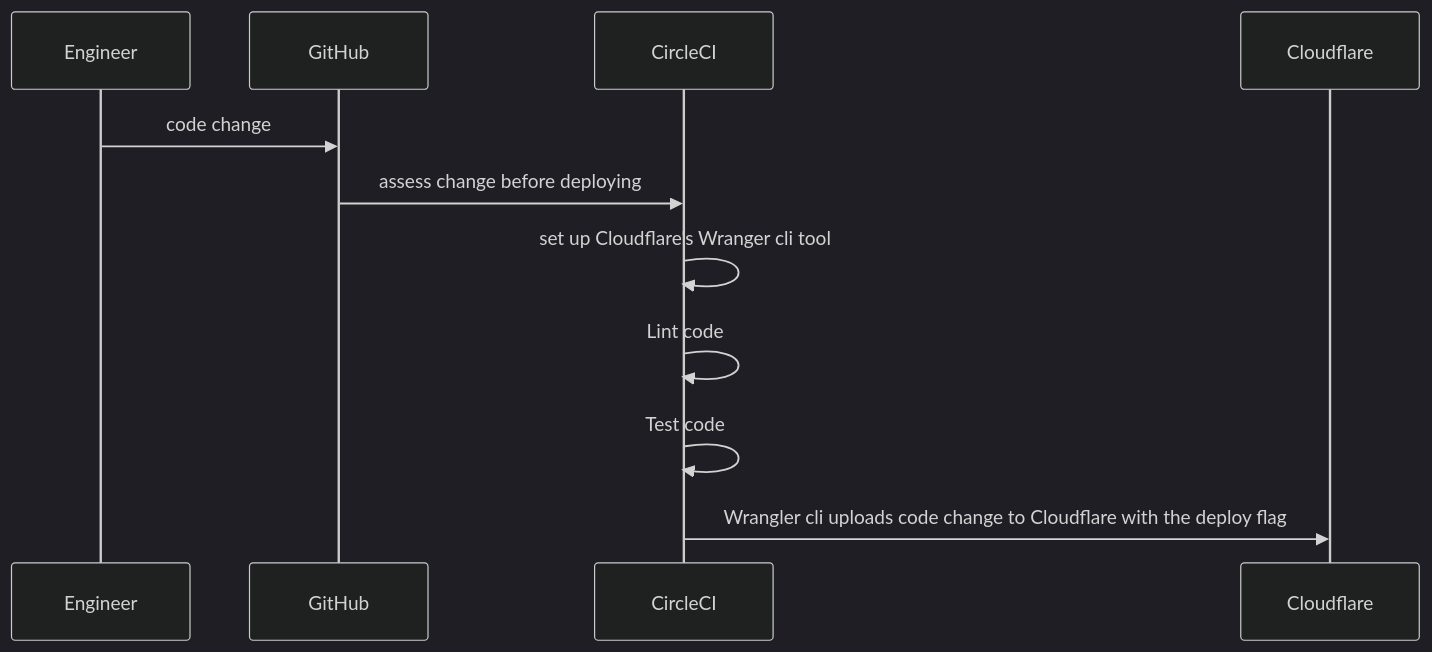
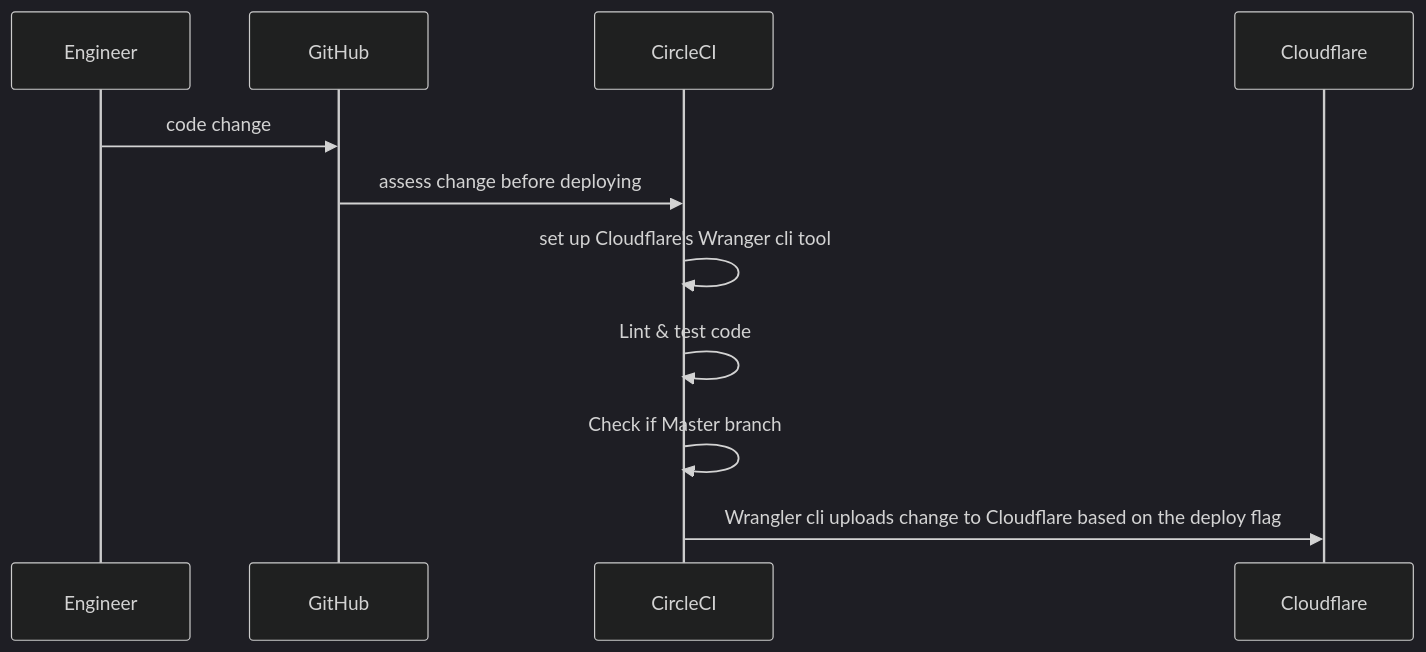
The diagram in README.md (Rusty-Magnet-Ltd/cloudflare_worker), drawn with Mermaid (dark theme) before and after one commit. The commit also changed other lines of this file and 1 other file, not shown here.

````diff
--- a/README.md
+++ b/README.md
@@ -151,14 +158,14 @@
 ```mermaid
 sequenceDiagram
 
    participant Engineer
    participant GitHub
    participant CircleCI
    participant Cloudflare
    Engineer->>GitHub: code change
    GitHub->>CircleCI: assess change before deploying
    CircleCI->>CircleCI: set up Cloudflare's Wranger cli tool
-   CircleCI->>CircleCI: Lint code
-   CircleCI->>CircleCI: Test code 
-   CircleCI->>Cloudflare: Wrangler cli uploads code change to Cloudflare with the deploy flag
+   CircleCI->>CircleCI: Lint & test code
+   CircleCI->>CircleCI: Check if Master branch 
+   CircleCI->>Cloudflare: Wrangler cli uploads change to Cloudflare based on the deploy flag
 ```
````
